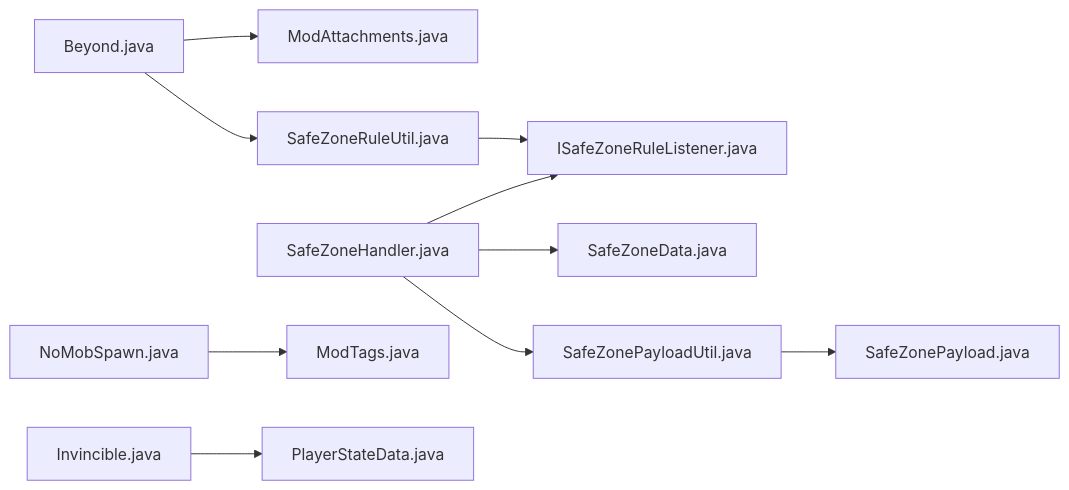
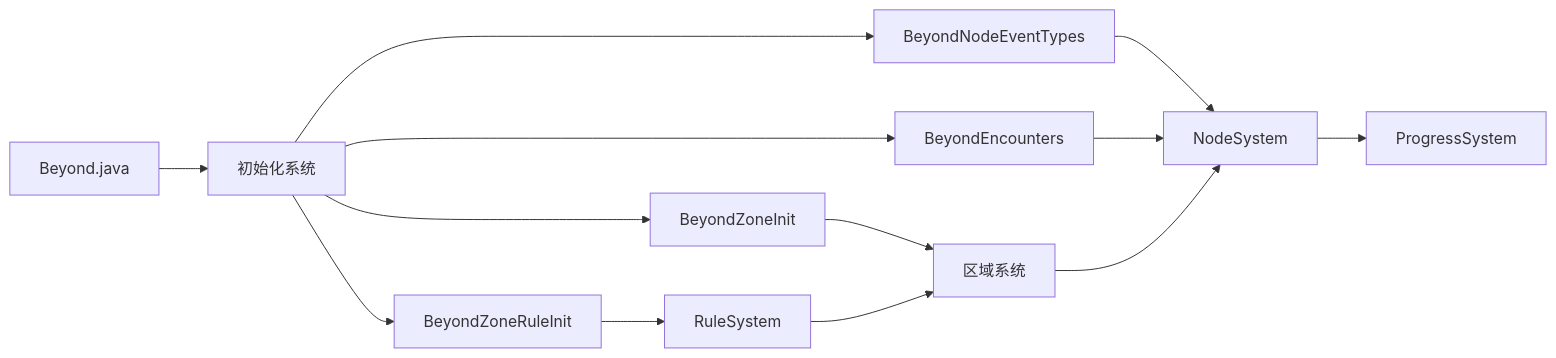
The eighth of 8 diagrams in .qoder/repowiki/zh/content/模块架构/Beyond安全区模块/Beyond安全区模块.md (Ver-shift/SubModulesGeneHunter), drawn with Mermaid before and after one commit. The commit also changed other lines of this file and 42 other files, not shown here.

````diff
--- a/.qoder/repowiki/zh/content/模块架构/Beyond安全区模块/Beyond安全区模块.md
+++ b/.qoder/repowiki/zh/content/模块架构/Beyond安全区模块/Beyond安全区模块.md
@@ -423,12 +358,15 @@
 ```mermaid
 graph LR
-Beyond["Beyond.java"] --> ModAttachments["ModAttachments.java"]
-Beyond --> SafeZoneRuleUtil["SafeZoneRuleUtil.java"]
-SafeZoneRuleUtil --> ISafeZoneRuleListener["ISafeZoneRuleListener.java"]
-SafeZoneHandler["SafeZoneHandler.java"] --> SafeZoneData["SafeZoneData.java"]
-SafeZoneHandler --> SafeZonePayloadUtil["SafeZonePayloadUtil.java"]
-SafeZonePayloadUtil --> SafeZonePayload["SafeZonePayload.java"]
-SafeZoneHandler --> ISafeZoneRuleListener
-NoMobSpawn["NoMobSpawn.java"] --> ModTags["ModTags.java"]
-Invincible["Invincible.java"] --> PlayerStateData["PlayerStateData.java"]
+Beyond["Beyond.java"] --> Init["初始化系统"]
+Init --> ZoneInit["BeyondZoneInit"]
+Init --> NodeInit["BeyondNodeEventTypes"]
+Init --> Encounters["BeyondEncounters"]
+Init --> ZoneRule["BeyondZoneRuleInit"]
+ZoneInit --> ZoneSystem["区域系统"]
+NodeInit --> NodeSystem
+Encounters --> NodeSystem
+ZoneRule --> RuleSystem
+ZoneSystem --> NodeSystem
+NodeSystem --> ProgressSystem
+RuleSystem --> ZoneSystem
 ```
````
